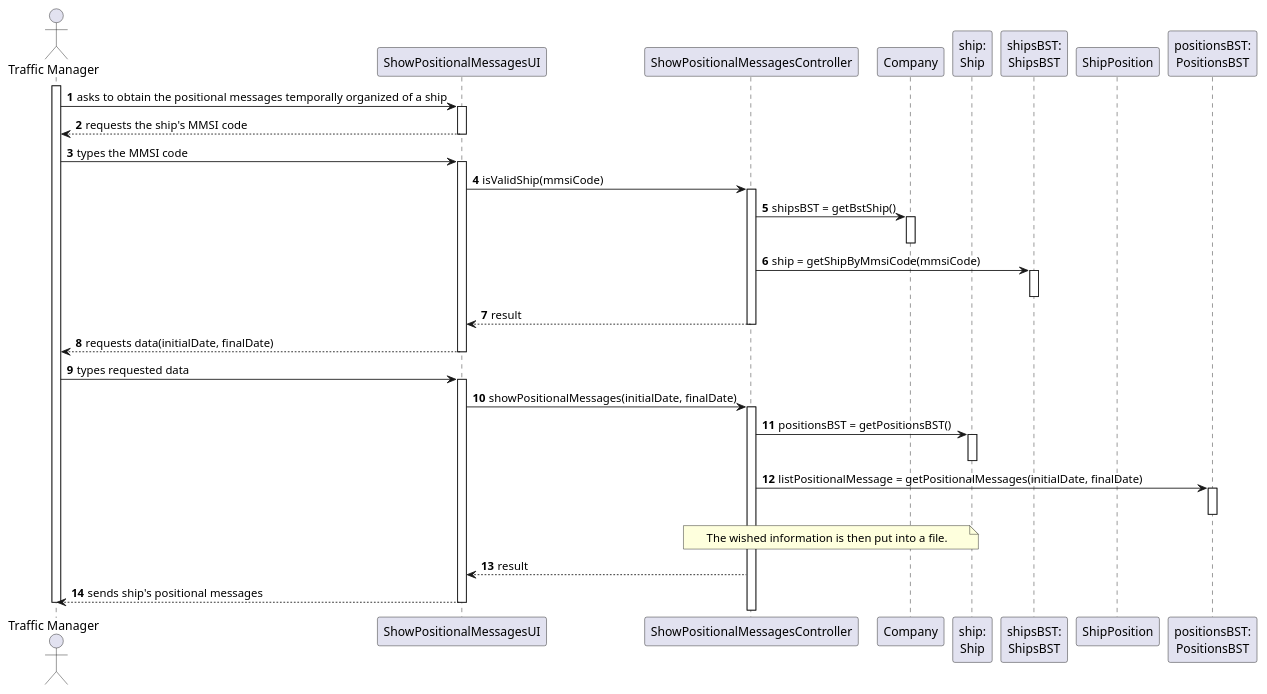
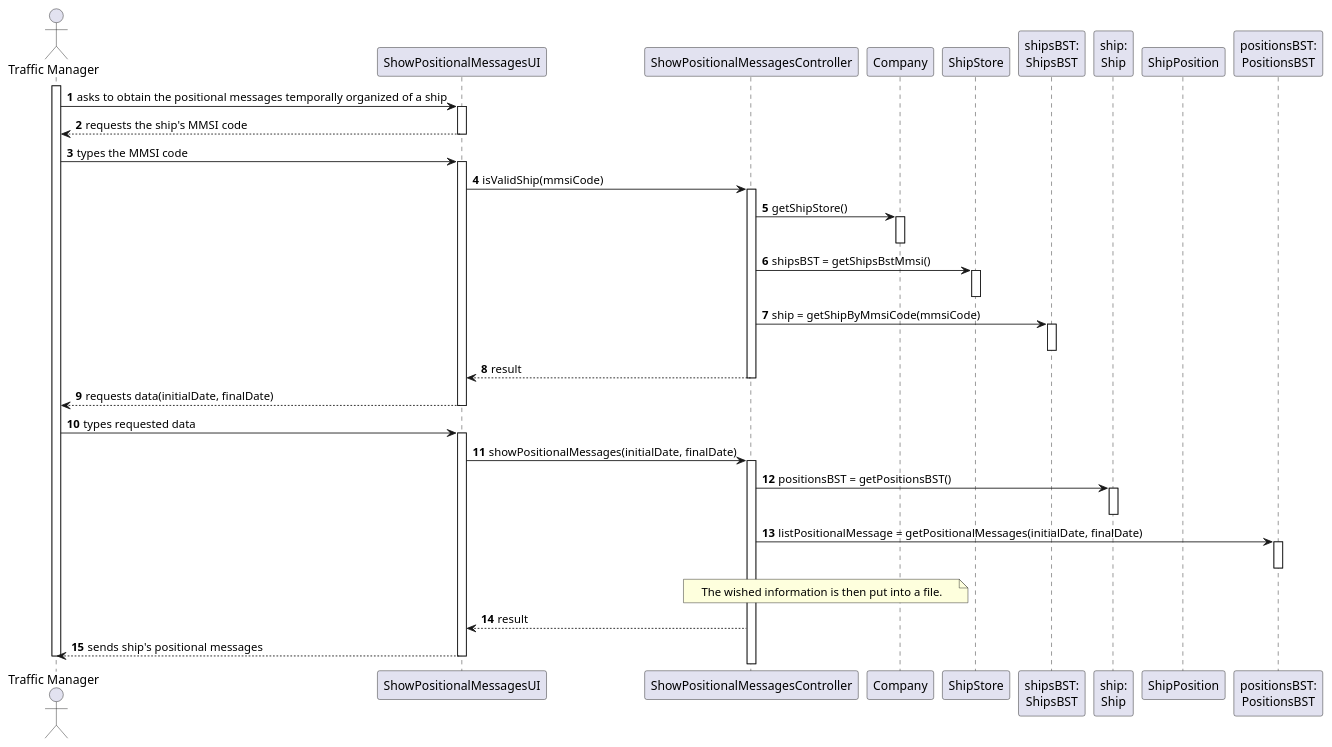
Before and after one commit to ana-albergaria/LAPR3-ISEP: the diagram in docs/US103/US103_SD.puml, drawn with PlantUML. The commit also changed 5 other files, not shown here.

Commit message:
G54-3 #comment correcting SD diagram

```diff
--- a/docs/US103/US103_SD.puml
+++ b/docs/US103/US103_SD.puml
@@ -1,60 +1,64 @@
 @startuml
 
 autonumber
 actor "Traffic Manager" as TM
 
 participant "ShowPositionalMessagesUI" as UI
 participant "ShowPositionalMessagesController" as CTRL
 participant "Company" as COMP
+participant "ShipStore" as SHIP_STORE
+participant "shipsBST:\nShipsBST" as BstShip
 participant "ship:\nShip" as S
-participant "shipsBST:\nShipsBST" as BstShip
 participant "ShipPosition" as SP
 participant "positionsBST:\nPositionsBST" as BstPosition
 /'participant "vesselType:\nVesselType" as VESSEL_TYPE'/
 /'participant "messagesWithVesselType:\nMap<String, List<String>>" as MAP'/
 
 
 activate TM
 TM -> "UI" : asks to obtain the positional messages temporally organized of a ship
 activate "UI"
 "UI" --> TM : requests the ship's MMSI code
 deactivate "UI"
 TM -> "UI" : types the MMSI code
 activate "UI"
 UI -> CTRL : isValidShip(mmsiCode)
 activate CTRL
-CTRL -> COMP : shipsBST = getBstShip()
+CTRL -> COMP : getShipStore()
 activate COMP
 deactivate COMP
+CTRL -> SHIP_STORE : shipsBST = getShipsBstMmsi()
+activate SHIP_STORE
+deactivate SHIP_STORE
 CTRL -> BstShip : ship = getShipByMmsiCode(mmsiCode)
 activate BstShip
 deactivate BstShip
 CTRL --> UI : result
 deactivate CTRL
 "UI" --> TM : requests data(initialDate, finalDate)
 deactivate "UI"
 TM -> "UI" : types requested data
 activate "UI"
 UI -> CTRL : showPositionalMessages(initialDate, finalDate)
 activate CTRL
 CTRL -> S : positionsBST = getPositionsBST()
 activate S
 deactivate S
 CTRL -> BstPosition : listPositionalMessage = getPositionalMessages(initialDate, finalDate)
 activate BstPosition
 deactivate BstPosition
 /'CTRL -> S : vesselType = getVesselType()
 activate S
 deactivate S'/
 /'CTRL --> MAP** : create()'/
 note over CTRL, COMP
 The wished information is then put into a file.
 end note
 CTRL --> UI : result
 "UI" --> TM : sends ship's positional messages
 
 deactivate "UI"
 
 deactivate TM
 
 @enduml
```
